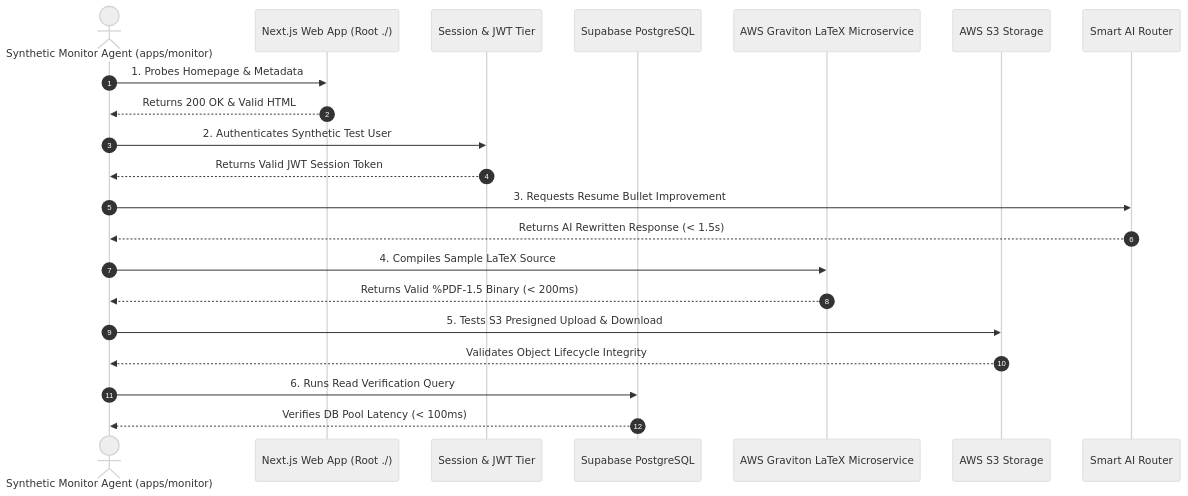
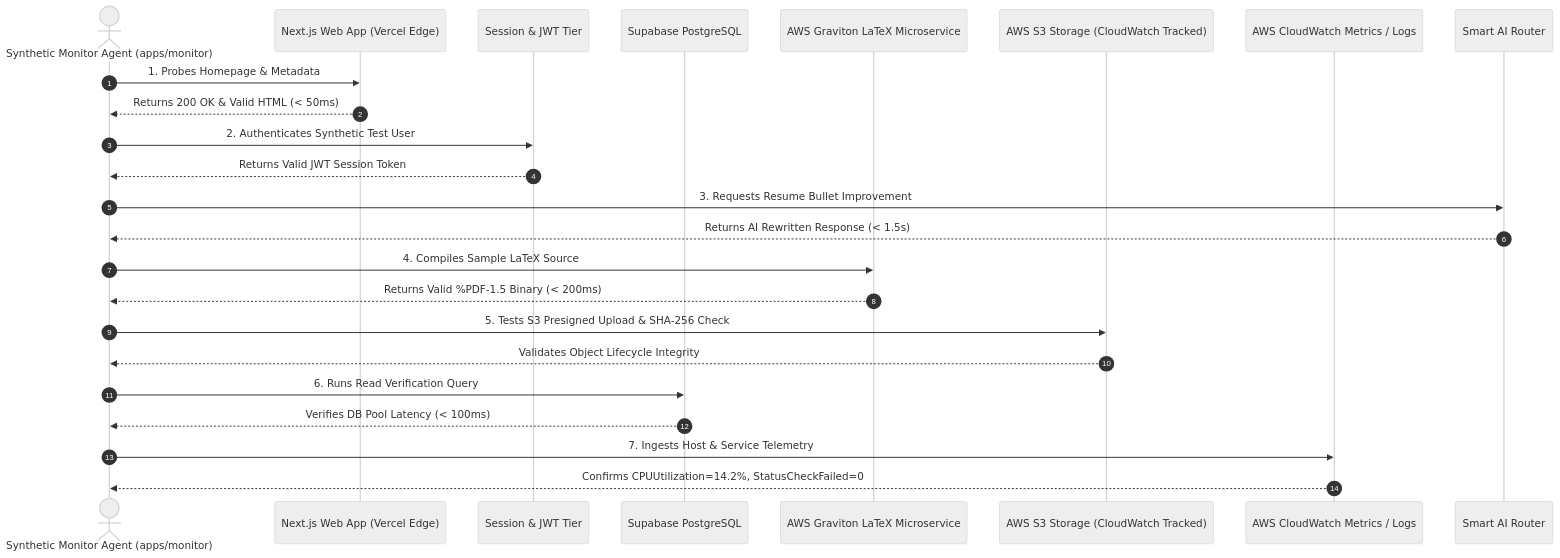
Before and after one commit to Rajeevkavala/Resume-Buddy_v3: the fourth of 4 diagrams in docs/MONITORING_ARCHITECTURE_PLAN.md, drawn with Mermaid (neutral theme). The commit also changed other lines of this file and 123 other files, not shown here.

````diff
--- a/docs/MONITORING_ARCHITECTURE_PLAN.md
+++ b/docs/MONITORING_ARCHITECTURE_PLAN.md
@@ -421,24 +425,27 @@
 ```mermaid
 sequenceDiagram
     autonumber
     actor SyntheticBot as Synthetic Monitor Agent (apps/monitor)
-    participant Web as Next.js Web App (Root ./)
+    participant VercelWeb as Next.js Web App (Vercel Edge)
     participant Auth as Session & JWT Tier
     participant DB as Supabase PostgreSQL
     participant LaTeX as AWS Graviton LaTeX Microservice
-    participant S3 as AWS S3 Storage
+    participant S3 as AWS S3 Storage (CloudWatch Tracked)
+    participant CW as AWS CloudWatch Metrics / Logs
     participant AI as Smart AI Router
 
-    SyntheticBot->>Web: 1. Probes Homepage & Metadata
-    Web-->>SyntheticBot: Returns 200 OK & Valid HTML
+    SyntheticBot->>VercelWeb: 1. Probes Homepage & Metadata
+    VercelWeb-->>SyntheticBot: Returns 200 OK & Valid HTML (< 50ms)
     SyntheticBot->>Auth: 2. Authenticates Synthetic Test User
     Auth-->>SyntheticBot: Returns Valid JWT Session Token
     SyntheticBot->>AI: 3. Requests Resume Bullet Improvement
     AI-->>SyntheticBot: Returns AI Rewritten Response (< 1.5s)
     SyntheticBot->>LaTeX: 4. Compiles Sample LaTeX Source
     LaTeX-->>SyntheticBot: Returns Valid %PDF-1.5 Binary (< 200ms)
-    SyntheticBot->>S3: 5. Tests S3 Presigned Upload & Download
+    SyntheticBot->>S3: 5. Tests S3 Presigned Upload & SHA-256 Check
     S3-->>SyntheticBot: Validates Object Lifecycle Integrity
     SyntheticBot->>DB: 6. Runs Read Verification Query
     DB-->>SyntheticBot: Verifies DB Pool Latency (< 100ms)
+    SyntheticBot->>CW: 7. Ingests Host & Service Telemetry
+    CW-->>SyntheticBot: Confirms CPUUtilization=14.2%, StatusCheckFailed=0
 ```
````
